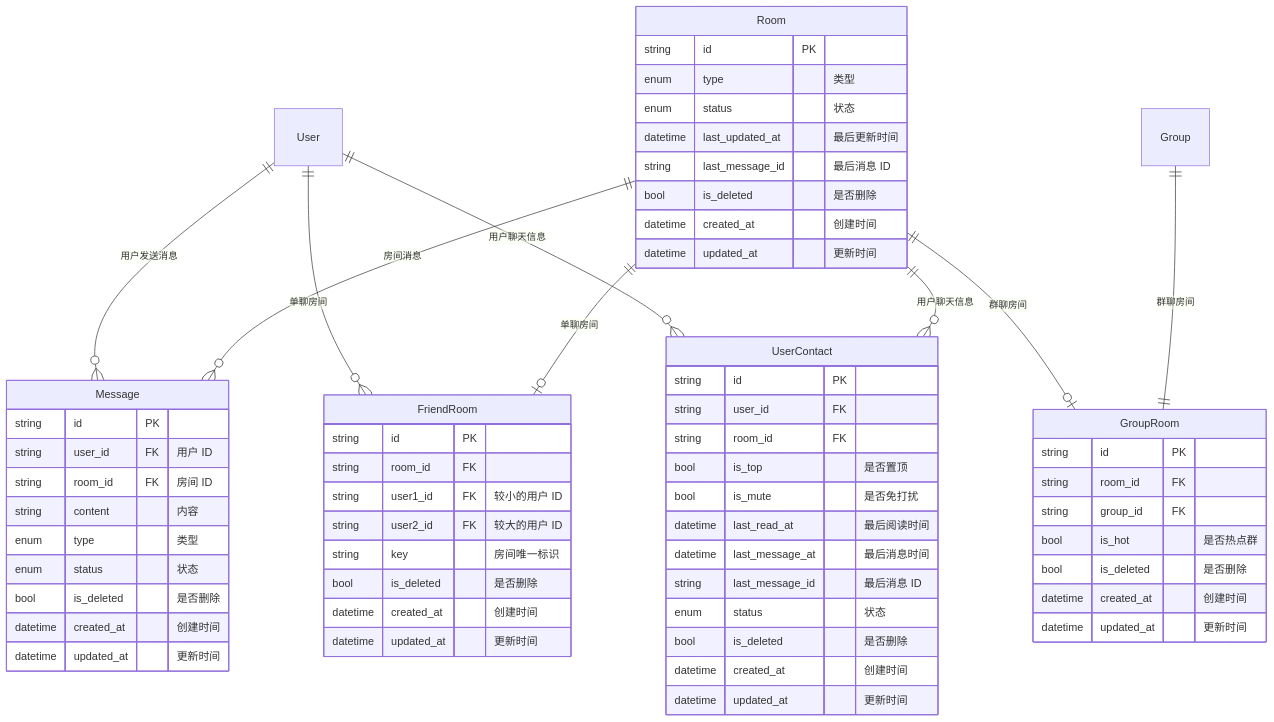
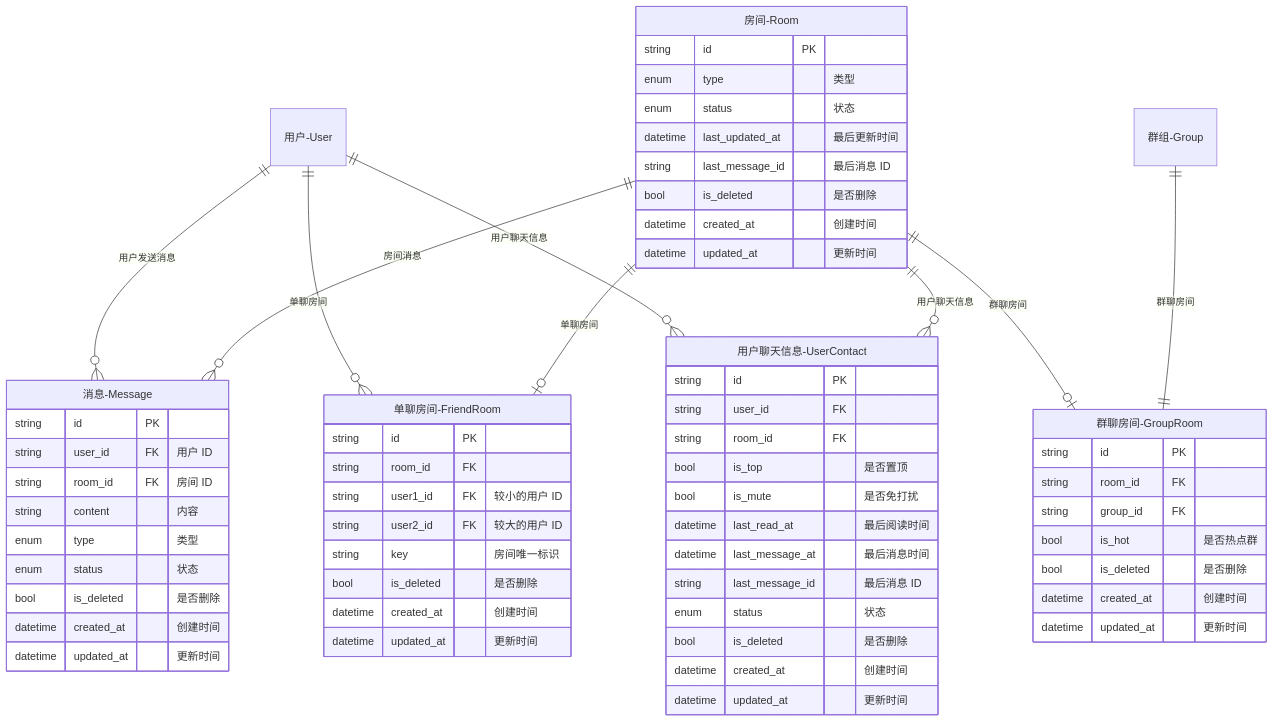
The fourth of 4 diagrams in docs/2.model.md (summer-like-coding/chat-system), drawn with Mermaid before and after one commit. The commit also changed other lines of this file and 8 other files, not shown here.

````diff
--- a/docs/2.model.md
+++ b/docs/2.model.md
@@ -144,70 +140,73 @@
 ```mermaid
 erDiagram
   User ||--o{ Message : "用户发送消息"
   User ||--o{ FriendRoom : "单聊房间"
   Room ||--o| GroupRoom: "群聊房间"
   Room ||--o| FriendRoom: "单聊房间"
   Group ||--|| GroupRoom: "群聊房间"
   User ||--o{ UserContact: "用户聊天信息"
   Room ||--o{ UserContact: "用户聊天信息"
   Room ||--o{ Message: "房间消息"
 
-  Message {
+  User["用户-User"] {}
+  Group["群组-Group"] {}
+
+  Message["消息-Message"] {
     string id PK
     string user_id FK "用户 ID"
     string room_id FK "房间 ID"
     string content "内容"
     enum type "类型"
     enum status "状态"
     bool is_deleted "是否删除"
     datetime created_at "创建时间"
     datetime updated_at "更新时间"
   }
 
-  Room {
+  Room["房间-Room"] {
     string id PK
     enum type "类型"
     enum status "状态"
     datetime last_updated_at "最后更新时间"
     string last_message_id "最后消息 ID"
     bool is_deleted "是否删除"
     datetime created_at "创建时间"
     datetime updated_at "更新时间"
   }
 
-  FriendRoom {
+  FriendRoom["单聊房间-FriendRoom"] {
     string id PK
     string room_id FK
     string user1_id FK "较小的用户 ID"
     string user2_id FK "较大的用户 ID"
     string key "房间唯一标识"
     bool is_deleted "是否删除"
     datetime created_at "创建时间"
     datetime updated_at "更新时间"
   }
 
-  GroupRoom {
+  GroupRoom["群聊房间-GroupRoom"] {
     string id PK
     string room_id FK
     string group_id FK
     bool is_hot "是否热点群"
     bool is_deleted "是否删除"
     datetime created_at "创建时间"
     datetime updated_at "更新时间"
   }
 
-  UserContact {
+  UserContact["用户聊天信息-UserContact"] {
     string id PK
     string user_id FK
     string room_id FK
     bool is_top "是否置顶"
     bool is_mute "是否免打扰"
     datetime last_read_at "最后阅读时间"
     datetime last_message_at "最后消息时间"
     string last_message_id "最后消息 ID"
     enum status "状态"
     bool is_deleted "是否删除"
     datetime created_at "创建时间"
     datetime updated_at "更新时间"
   }
 ```
````
